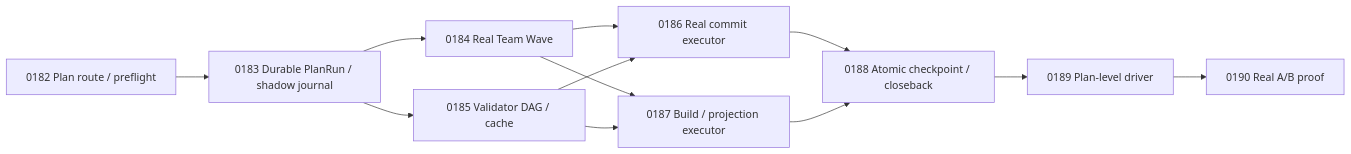
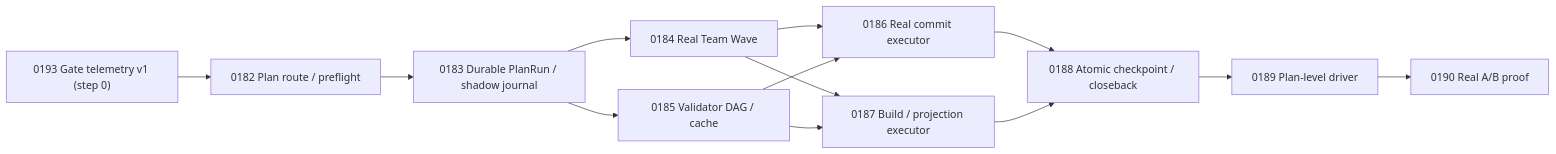
The diagram in docs/ai_atomic_framework/governance-optimization/end-to-end-auto-batch-performance-plan-v2.md (eaglhuang/3klife), drawn with Mermaid before and after one commit. The commit also changed other lines of this file, not shown here.

First line of the commit message:
docs(atm): fuse telemetry-first loop (0193, M1/M2) into auto-batch v2

````diff
--- a/docs/ai_atomic_framework/governance-optimization/end-to-end-auto-batch-performance-plan-v2.md
+++ b/docs/ai_atomic_framework/governance-optimization/end-to-end-auto-batch-performance-plan-v2.md
@@ -350,14 +407,15 @@
 ```mermaid
 flowchart LR
-  A["0182 Plan route / preflight"] --> B["0183 Durable PlanRun / shadow journal"]
+  Z["0193 Gate telemetry v1 (step 0)"] --> A["0182 Plan route / preflight"]
+  A --> B["0183 Durable PlanRun / shadow journal"]
   B --> C["0184 Real Team Wave"]
   B --> D["0185 Validator DAG / cache"]
   C --> E["0186 Real commit executor"]
   D --> E
   C --> F["0187 Build / projection executor"]
   D --> F
   E --> G["0188 Atomic checkpoint / closeback"]
   F --> G
   G --> H["0189 Plan-level driver"]
   H --> I["0190 Real A/B proof"]
 ```
````
